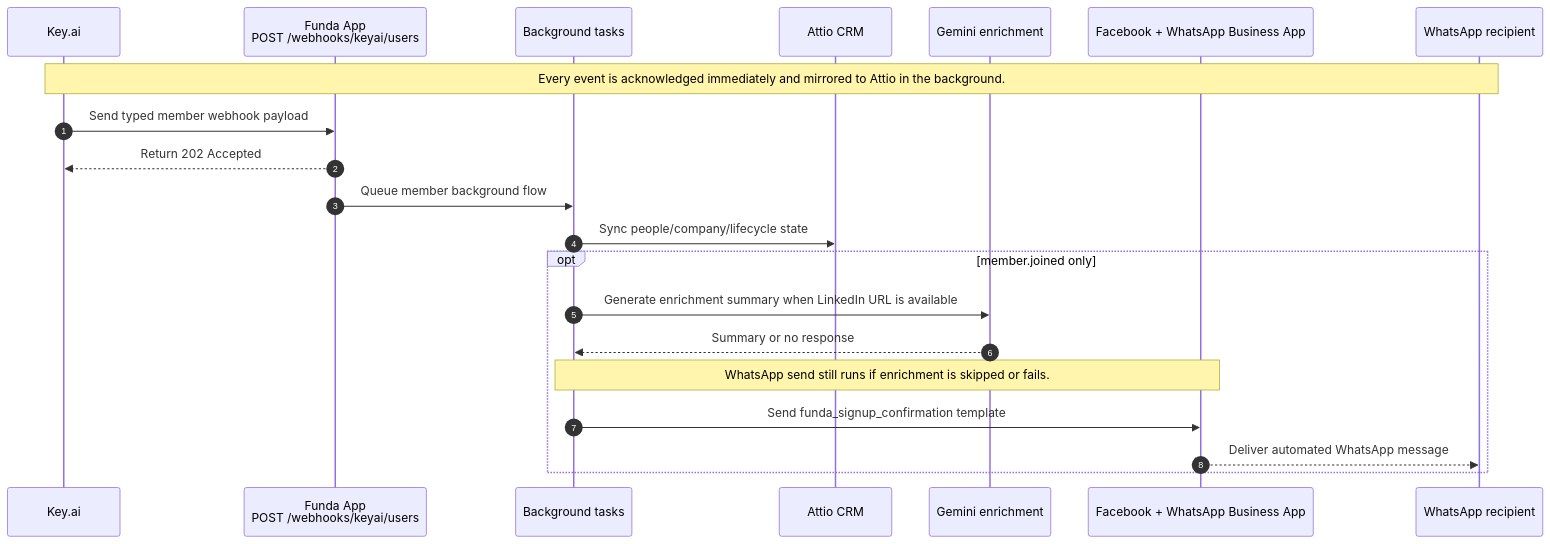
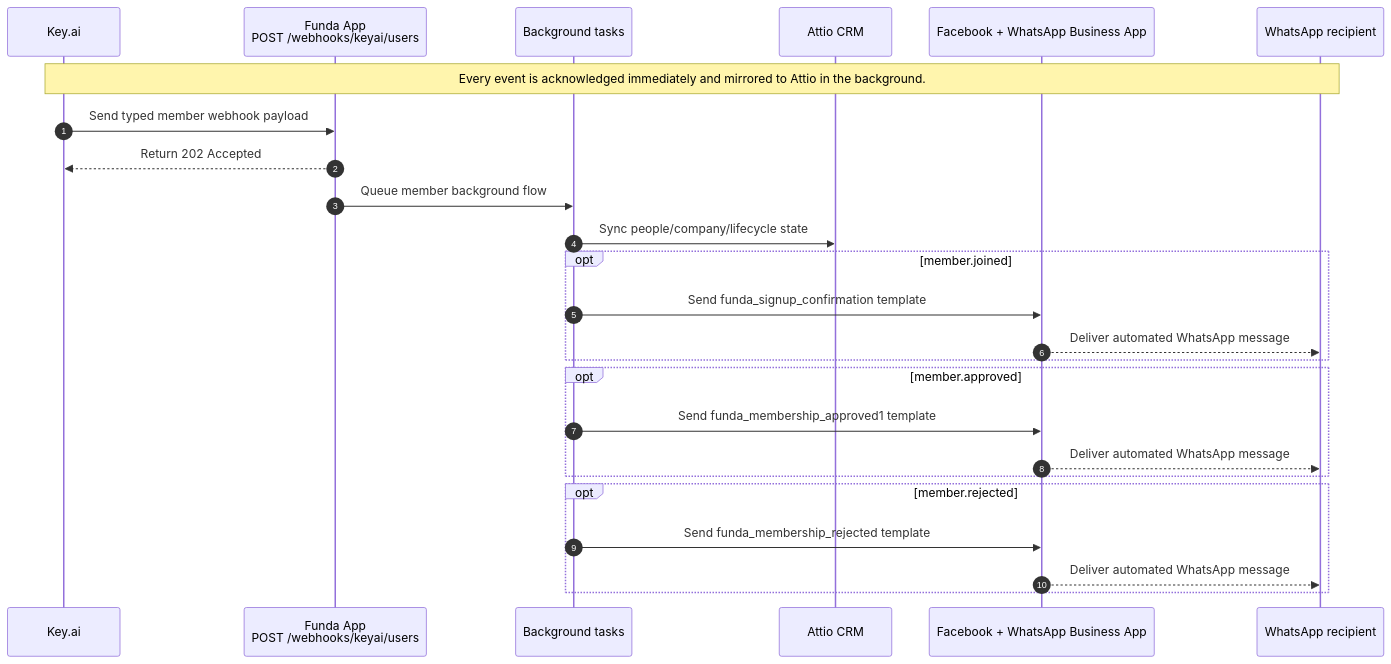
Before and after one commit to eshaanv/funda-app: the diagram in docs/architecture.md, drawn with Mermaid. The commit also changed other lines of this file and 8 other files, not shown here.

````diff
--- a/docs/architecture.md
+++ b/docs/architecture.md
@@ -7,24 +8,28 @@
 ```mermaid
 sequenceDiagram
     autonumber
     participant KeyAI as Key.ai
     participant Endpoint as Funda App<br/>POST /webhooks/keyai/users
     participant Tasks as Background tasks
     participant Attio as Attio CRM
-    participant Gemini as Gemini enrichment
     participant WABA as Facebook + WhatsApp Business App
     participant Recipient as WhatsApp recipient
 
     Note over KeyAI,Recipient: Every event is acknowledged immediately and mirrored to Attio in the background.
     KeyAI->>Endpoint: Send typed member webhook payload
     Endpoint-->>KeyAI: Return 202 Accepted
     Endpoint->>Tasks: Queue member background flow
     Tasks->>Attio: Sync people/company/lifecycle state
-    opt member.joined only
-        Tasks->>Gemini: Generate enrichment summary when LinkedIn URL is available
-        Gemini-->>Tasks: Summary or no response
-        Note over Tasks,WABA: WhatsApp send still runs if enrichment is skipped or fails.
+    opt member.joined
         Tasks->>WABA: Send funda_signup_confirmation template
         WABA-->>Recipient: Deliver automated WhatsApp message
     end
+    opt member.approved
+        Tasks->>WABA: Send funda_membership_approved1 template
+        WABA-->>Recipient: Deliver automated WhatsApp message
+    end
+    opt member.rejected
+        Tasks->>WABA: Send funda_membership_rejected template
+        WABA-->>Recipient: Deliver automated WhatsApp message
+    end
 ```
````
